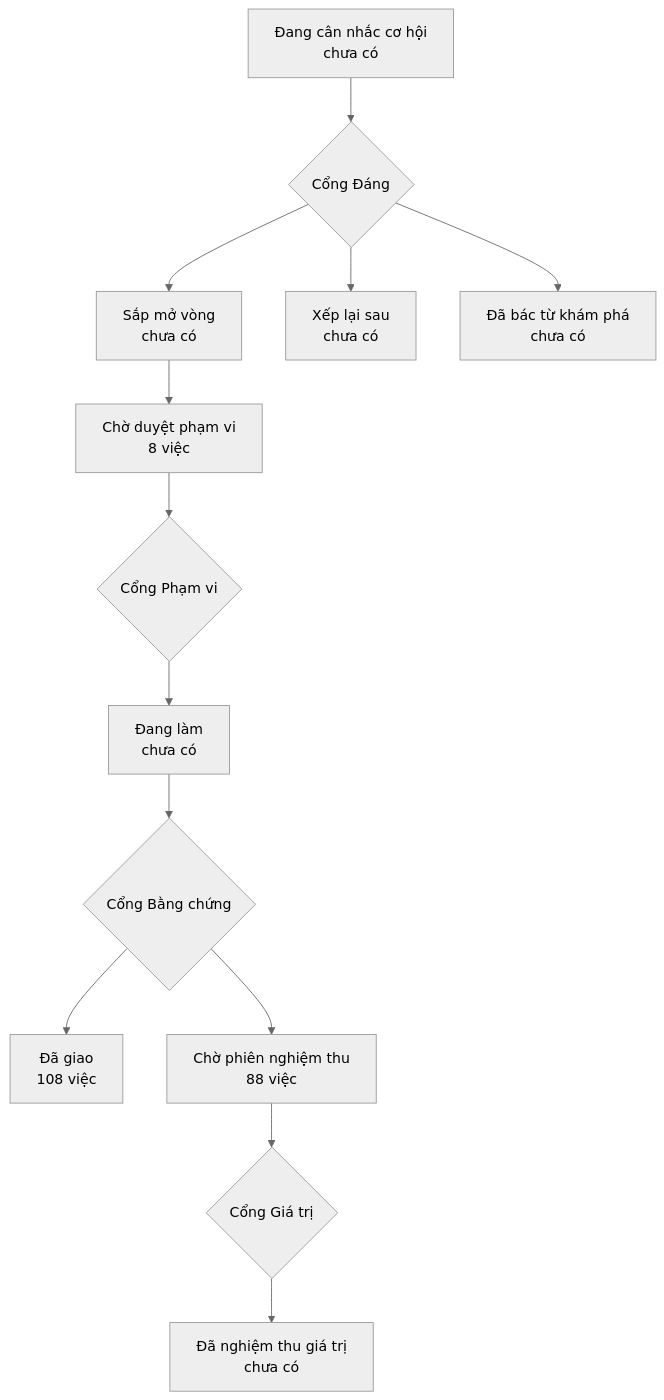
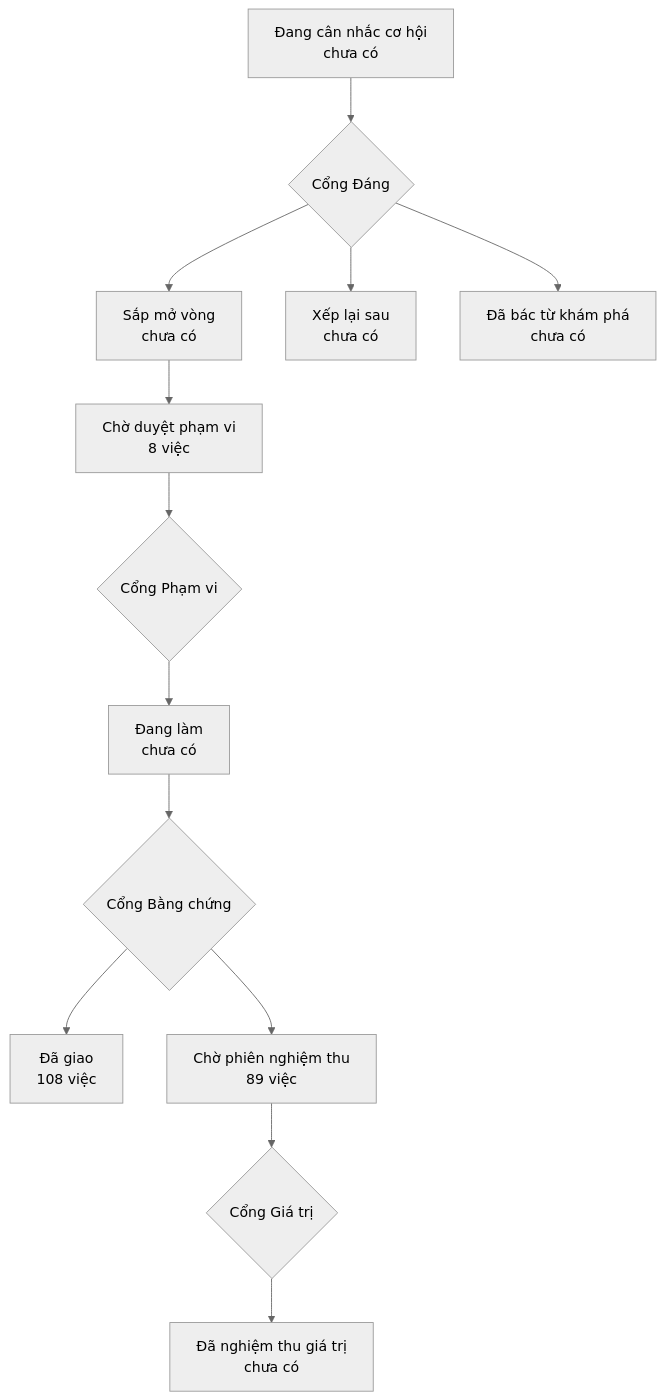
Before and after one commit to phanlemanh/onehub-invest: the diagram in PRODUCT-MAP.md, drawn with Mermaid (neutral theme). The commit also changed other lines of this file and 1 other file, not shown here.

Commit message:
chore(acceptance): vẽ lại bản đồ sau gộp main

````diff
--- a/PRODUCT-MAP.md
+++ b/PRODUCT-MAP.md
@@ -7,12 +7,12 @@
 ```mermaid
 flowchart TD
   A["Đang cân nhắc cơ hội<br/>chưa có"] --> GD{"Cổng Đáng"}
   GD --> B["Sắp mở vòng<br/>chưa có"]
   GD --> XL["Xếp lại sau<br/>chưa có"]
   GD --> DB["Đã bác từ khám phá<br/>chưa có"]
   B --> CD["Chờ duyệt phạm vi<br/>8 việc"] --> GP{"Cổng Phạm vi"}
   GP --> DL["Đang làm<br/>chưa có"] --> GB{"Cổng Bằng chứng"}
   GB --> DG["Đã giao<br/>108 việc"]
-  GB --> CN["Chờ phiên nghiệm thu<br/>88 việc"] --> GG{"Cổng Giá trị"}
+  GB --> CN["Chờ phiên nghiệm thu<br/>89 việc"] --> GG{"Cổng Giá trị"}
   GG --> NT["Đã nghiệm thu giá trị<br/>chưa có"]
 ```
````
